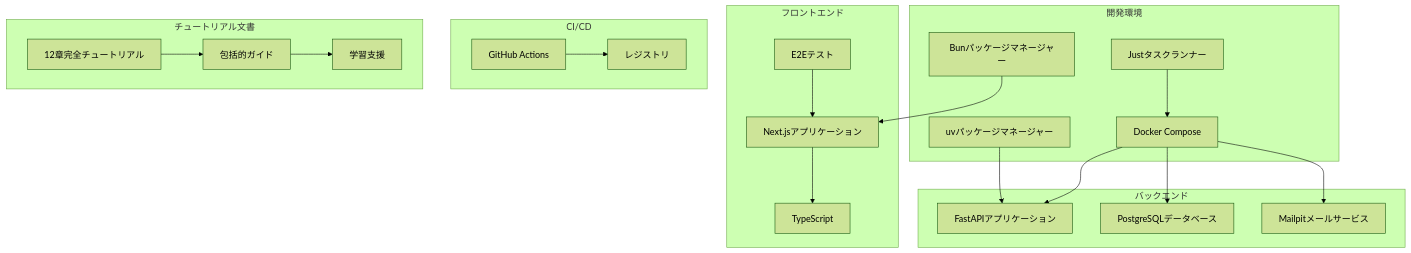
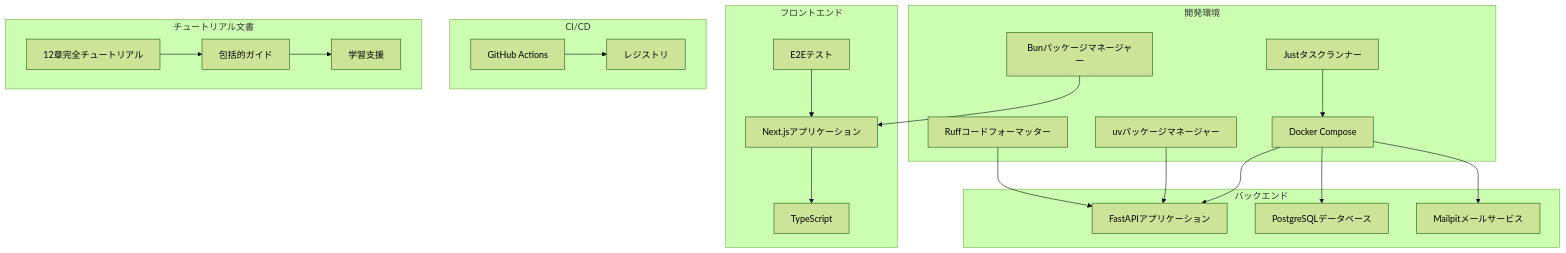
One commit to ss8806/Todos changed the first of 7 diagrams in .qoder/repowiki/ja/content/開発ワークフロー/開発ワークフロー.md. Above: the diagram before and after it, drawn with Mermaid (forest theme). The commit also changed other lines of this file and 9 other files, not shown here.

````diff
--- a/.qoder/repowiki/ja/content/開発ワークフロー/開発ワークフロー.md
+++ b/.qoder/repowiki/ja/content/開発ワークフロー/開発ワークフロー.md
@@ -67,39 +70,41 @@
 ```mermaid
 graph TB
 subgraph "開発環境"
 J[Justタスクランナー]
 DC[Docker Compose]
 UV[uvパッケージマネージャー]
 BUN[Bunパッケージマネージャー]
+RUFF[Ruffコードフォーマッター]
 end
 subgraph "バックエンド"
 BE[FastAPIアプリケーション]
 DB[PostgreSQLデータベース]
 MP[Mailpitメールサービス]
 end
 subgraph "フロントエンド"
 FE[Next.jsアプリケーション]
 TS[TypeScript]
 E2E[E2Eテスト]
 end
 subgraph "CI/CD"
 GH[GitHub Actions]
 R[レジストリ]
 end
 subgraph "チュートリアル文書"
 T12[12章完全チュートリアル]
 DOC[包括的ガイド]
 ENDLESS[学習支援]
 end
 J --> DC
 DC --> BE
 DC --> DB
 DC --> MP
 UV --> BE
 BUN --> FE
 FE --> TS
 E2E --> FE
 GH --> R
 T12 --> DOC
 DOC --> ENDLESS
+RUFF --> BE
 ```
````
